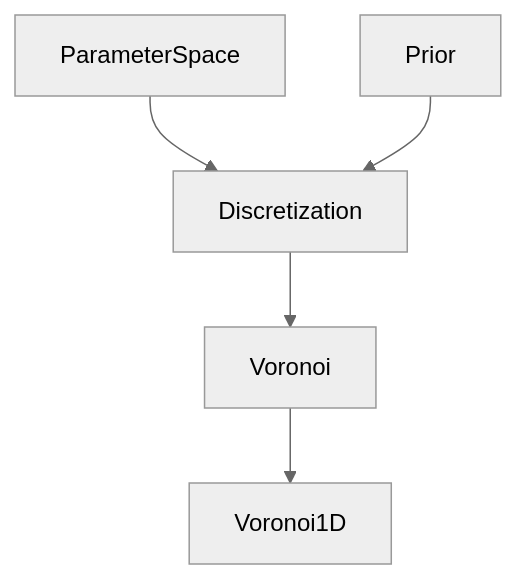
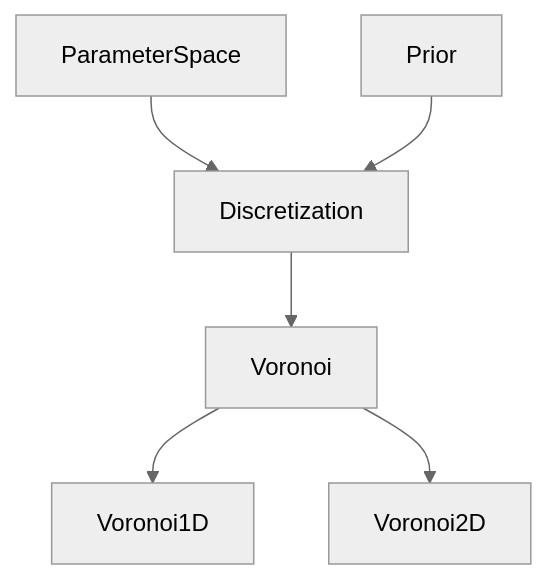
Before and after one commit to fmagrini/bayes-bay: the diagram in docs/source/api/api_standard_discretization.rst, drawn with Mermaid (neutral theme). The commit also changed other lines of this file and 5 other files, not shown here.

```diff
--- a/docs/source/api/api_standard_discretization.rst
+++ b/docs/source/api/api_standard_discretization.rst
@@ -7,7 +7,8 @@
 .. mermaid::
 
    graph TD;
        ParameterSpace-->Discretization;
        Prior-->Discretization;
        Discretization-->Voronoi;
        Voronoi-->Voronoi1D;
+       Voronoi-->Voronoi2D
```
